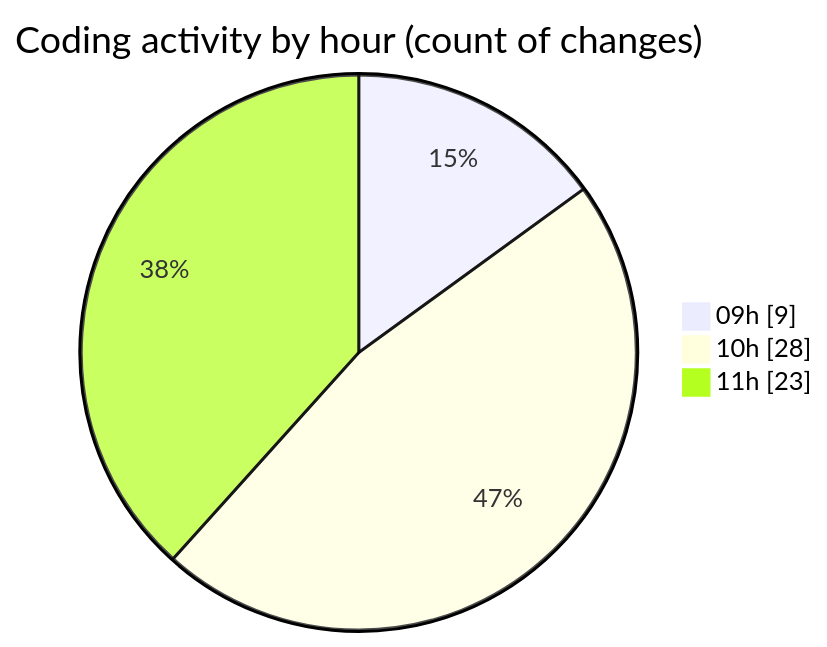
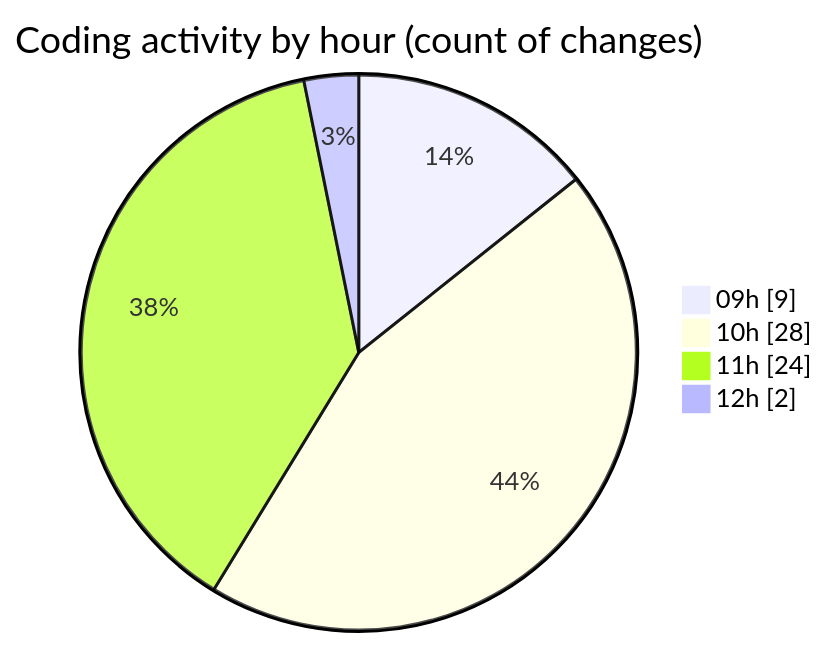
The second of 2 diagrams in 2025-09-18/cda/README.md (momahboobian/code-tracking), drawn with Mermaid before and after one commit. The commit also changed other lines of this file and 1 other file, not shown here.

````diff
--- a/2025-09-18/cda/README.md
+++ b/2025-09-18/cda/README.md
@@ -36,7 +36,8 @@
 ```mermaid
 pie showData
 title Coding activity by hour (count of changes)
 "09h" : 9
 "10h" : 28
-"11h" : 23
+"11h" : 24
+"12h" : 2
 ```
````
